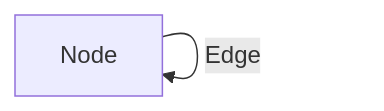
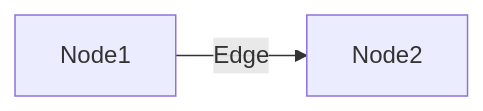
Before and after one commit to d0020e-2024-group-5/Path-Expression-Traversal-System: the second of 5 diagrams in README.md, drawn with Mermaid. The commit also changed other lines of this file, not shown here.

````diff
--- a/README.md
+++ b/README.md
@@ -15,4 +15,4 @@
 ```mermaid
     graph LR;
-        Node -->|Edge| Node;
+        Node1 -->|Edge| Node2;
 ```
````
